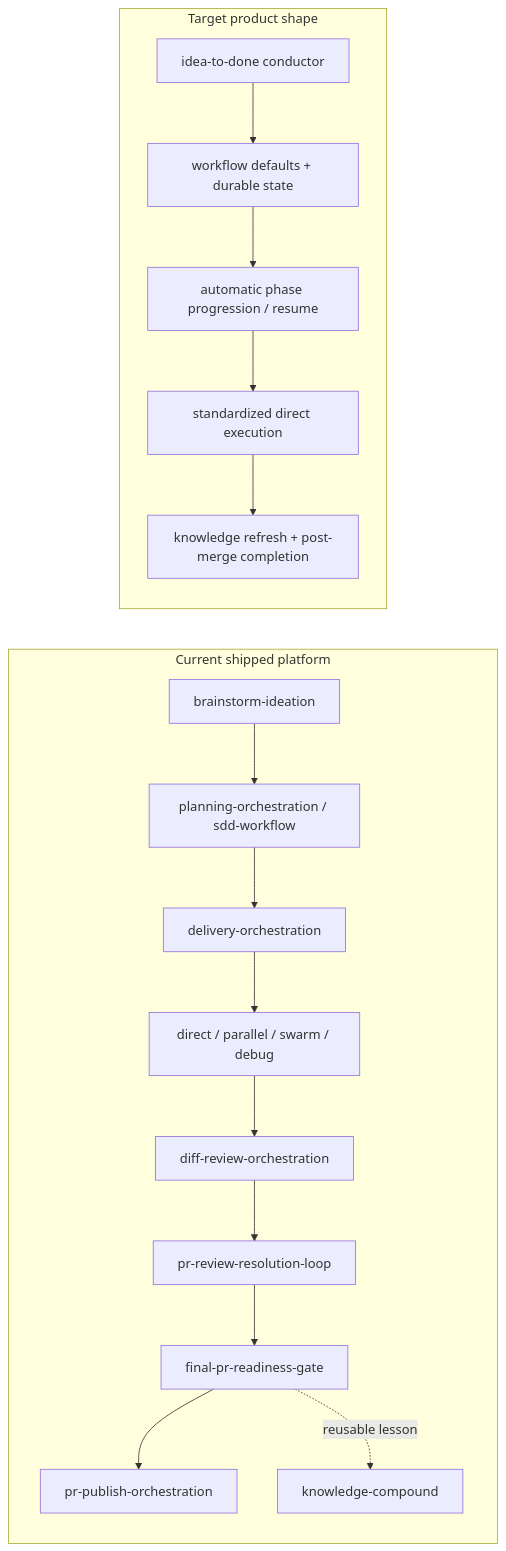
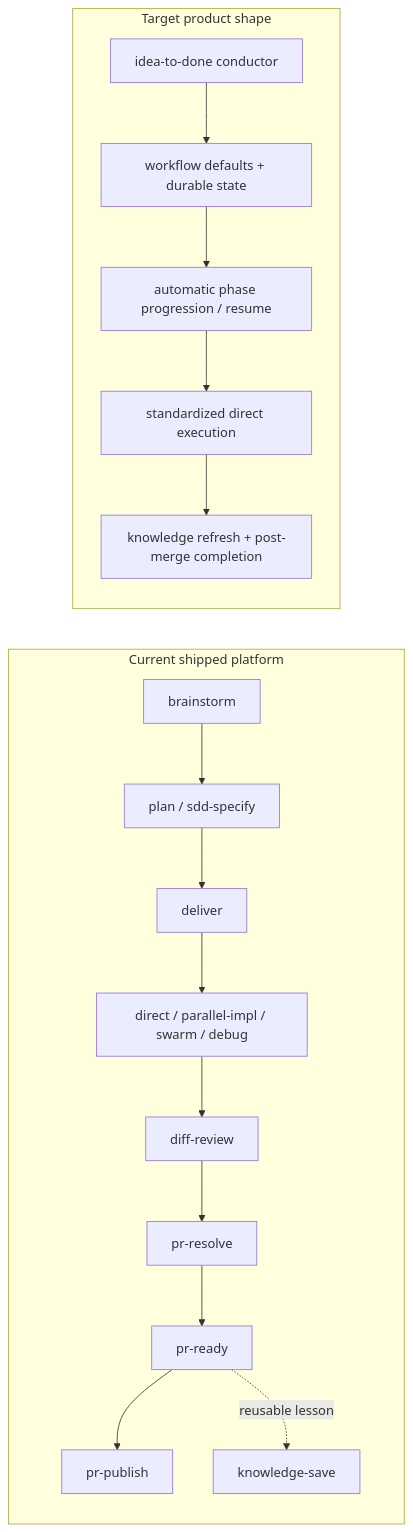
Before and after one commit to mikecubed/agent-orchestration: the first of 2 diagrams in docs/workflow-roadmap.md, drawn with Mermaid. The commit also changed other lines of this file and 222 other files, not shown here.

````diff
--- a/docs/workflow-roadmap.md
+++ b/docs/workflow-roadmap.md
@@ -29,20 +29,20 @@
 ```mermaid
 flowchart LR
     subgraph Current["Current shipped platform"]
-        C1["brainstorm-ideation"] --> C2["planning-orchestration / sdd-workflow"]
-        C2 --> C3["delivery-orchestration"]
-        C3 --> C4["direct / parallel / swarm / debug"]
-        C4 --> C5["diff-review-orchestration"]
-        C5 --> C6["pr-review-resolution-loop"]
-        C6 --> C7["final-pr-readiness-gate"]
-        C7 --> C8["pr-publish-orchestration"]
-        C7 -. reusable lesson .-> C9["knowledge-compound"]
+        C1["brainstorm"] --> C2["plan / sdd-specify"]
+        C2 --> C3["deliver"]
+        C3 --> C4["direct / parallel-impl / swarm / debug"]
+        C4 --> C5["diff-review"]
+        C5 --> C6["pr-resolve"]
+        C6 --> C7["pr-ready"]
+        C7 --> C8["pr-publish"]
+        C7 -. reusable lesson .-> C9["knowledge-save"]
     end
 
     subgraph Target["Target product shape"]
         T1["idea-to-done conductor"] --> T2["workflow defaults + durable state"]
         T2 --> T3["automatic phase progression / resume"]
         T3 --> T4["standardized direct execution"]
         T4 --> T5["knowledge refresh + post-merge completion"]
     end
 ```
````
